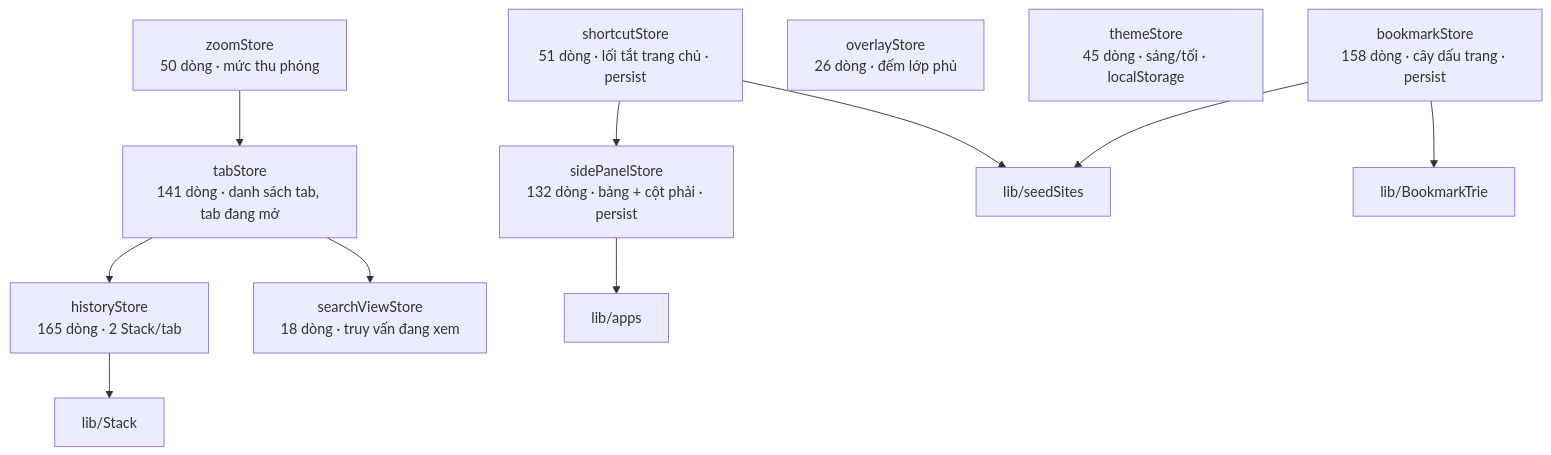
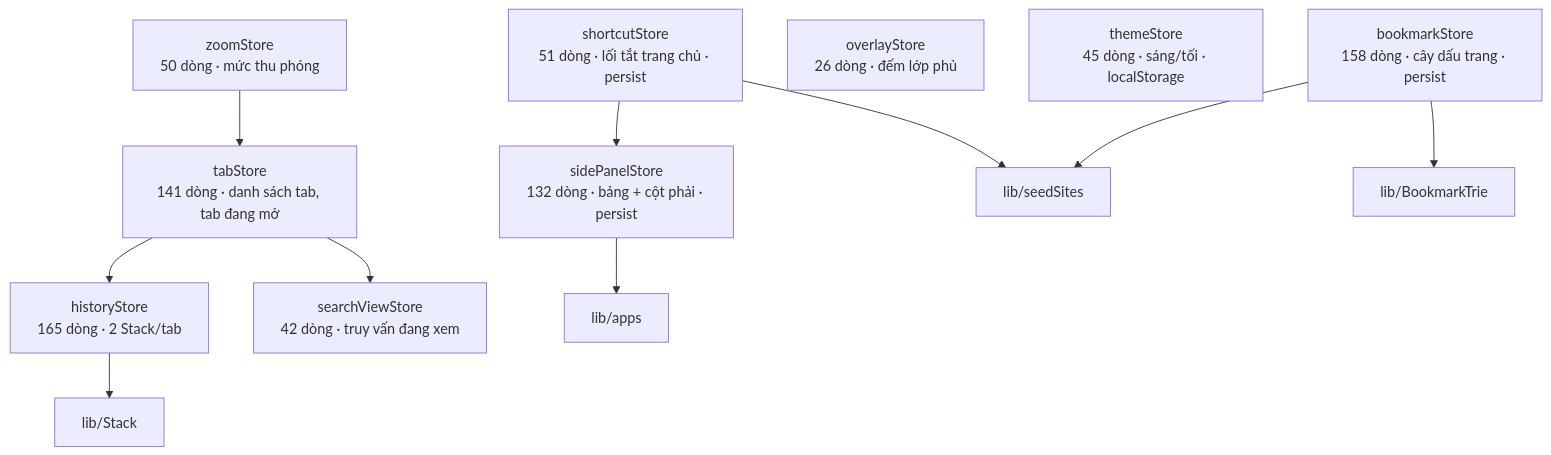
Before and after one commit to KietAnhCS/CocCoc-Plus: the seventh of 7 diagrams in docs/FRONTEND.md, drawn with Mermaid. The commit also changed other lines of this file and 73 other files, not shown here.

First line of the commit message:
docs: fix drift and add diagrams (#22)

````diff
--- a/docs/FRONTEND.md
+++ b/docs/FRONTEND.md
@@ -539,22 +565,22 @@
 ```mermaid
 flowchart TD
     TS["tabStore<br/>141 dòng · danh sách tab, tab đang mở"]
     HS["historyStore<br/>165 dòng · 2 Stack/tab"]
-    SV["searchViewStore<br/>18 dòng · truy vấn đang xem"]
+    SV["searchViewStore<br/>42 dòng · truy vấn đang xem"]
     BM["bookmarkStore<br/>158 dòng · cây dấu trang · persist"]
     SP["sidePanelStore<br/>132 dòng · bảng + cột phải · persist"]
     SC["shortcutStore<br/>51 dòng · lối tắt trang chủ · persist"]
     OV["overlayStore<br/>26 dòng · đếm lớp phủ"]
     TH["themeStore<br/>45 dòng · sáng/tối · localStorage"]
     ZM["zoomStore<br/>50 dòng · mức thu phóng"]
 
     TS --> HS
     TS --> SV
     ZM --> TS
     SC --> SP
     BM --> SEED["lib/seedSites"]
     SC --> SEED
     SP --> APPS["lib/apps"]
     HS --> STK["lib/Stack"]
     BM --> TRIE["lib/BookmarkTrie"]
 ```
````
